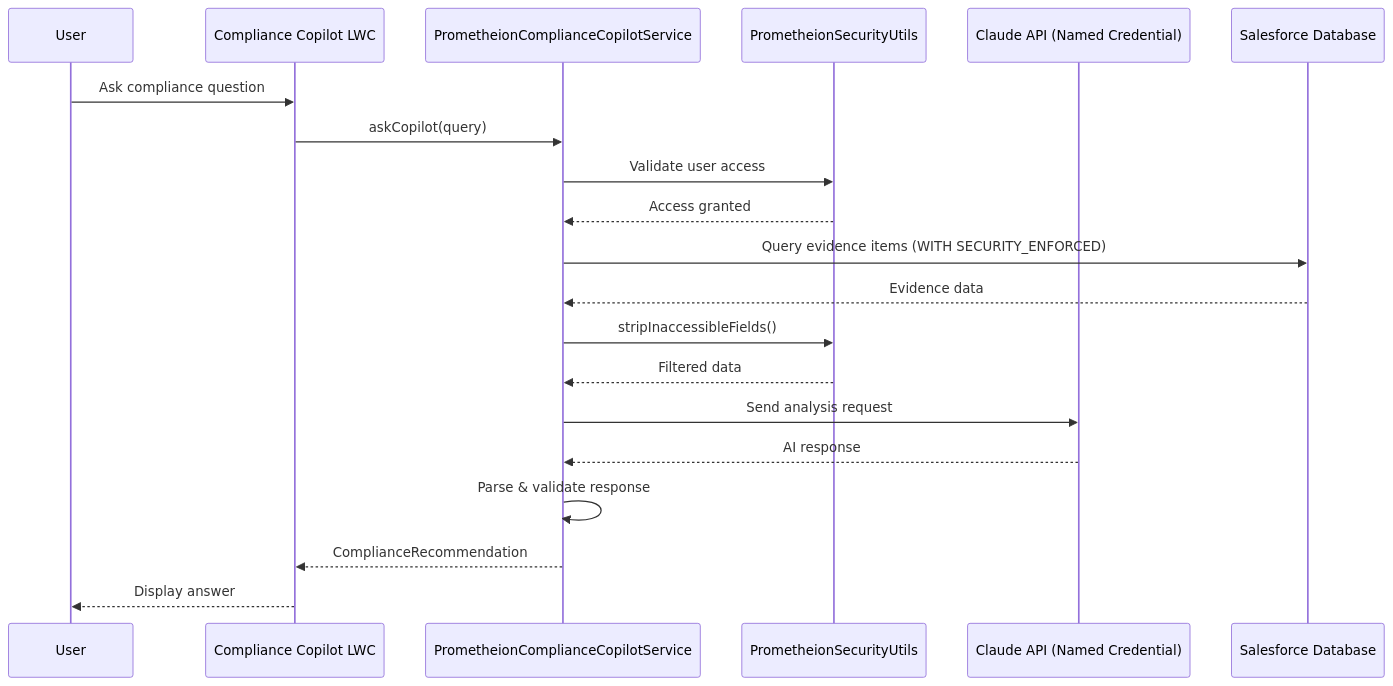
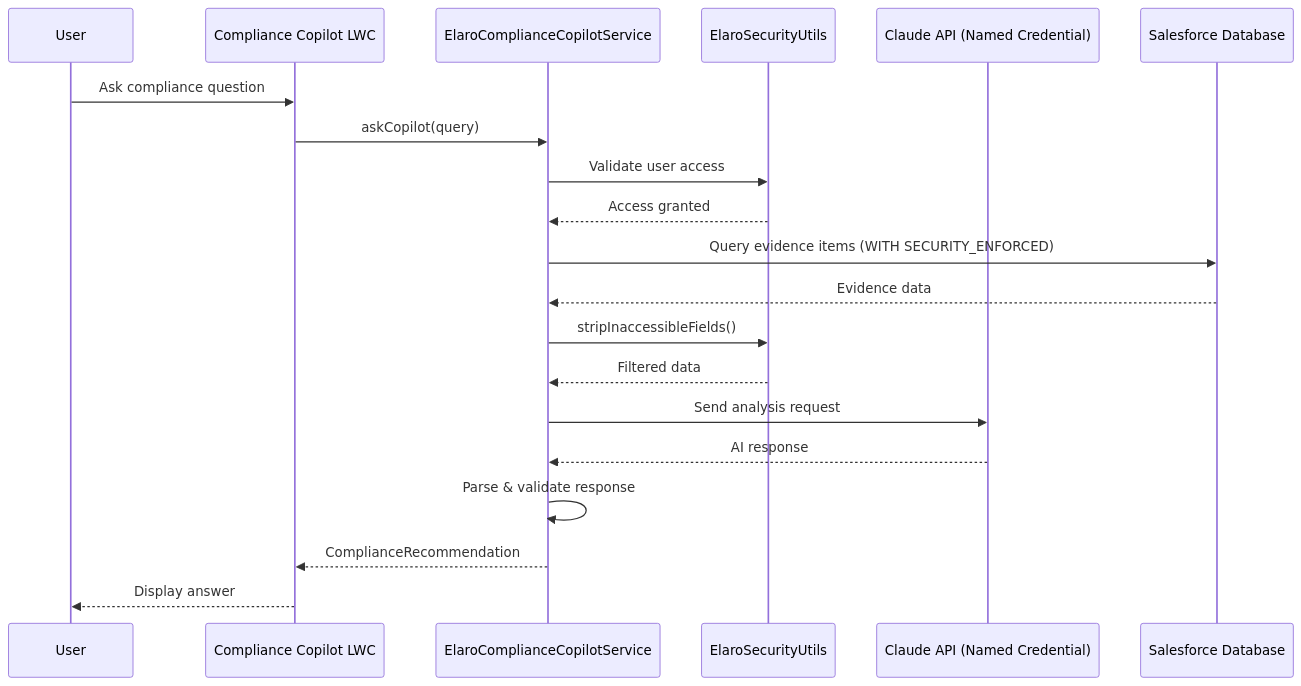
Before and after one commit to derickporter1993/Solentra---Prometheion: the second of 6 diagrams in docs/DATA_FLOWS.md, drawn with Mermaid. The commit also changed other lines of this file and 973 other files, not shown here.

First line of the commit message:
refactor: Rename Prometheion to Elaro across entire codebase

````diff
--- a/docs/DATA_FLOWS.md
+++ b/docs/DATA_FLOWS.md
@@ -54,23 +54,23 @@
 ```mermaid
 sequenceDiagram
     participant User
     participant LWC as Compliance Copilot LWC
-    participant Controller as PrometheionComplianceCopilotService
-    participant Security as PrometheionSecurityUtils
+    participant Controller as ElaroComplianceCopilotService
+    participant Security as ElaroSecurityUtils
     participant API as Claude API (Named Credential)
     participant DB as Salesforce Database
 
     User->>LWC: Ask compliance question
     LWC->>Controller: askCopilot(query)
     Controller->>Security: Validate user access
     Security-->>Controller: Access granted
     Controller->>DB: Query evidence items (WITH SECURITY_ENFORCED)
     DB-->>Controller: Evidence data
     Controller->>Security: stripInaccessibleFields()
     Security-->>Controller: Filtered data
     Controller->>API: Send analysis request
     API-->>Controller: AI response
     Controller->>Controller: Parse & validate response
     Controller-->>LWC: ComplianceRecommendation
     LWC-->>User: Display answer
 ```
````
